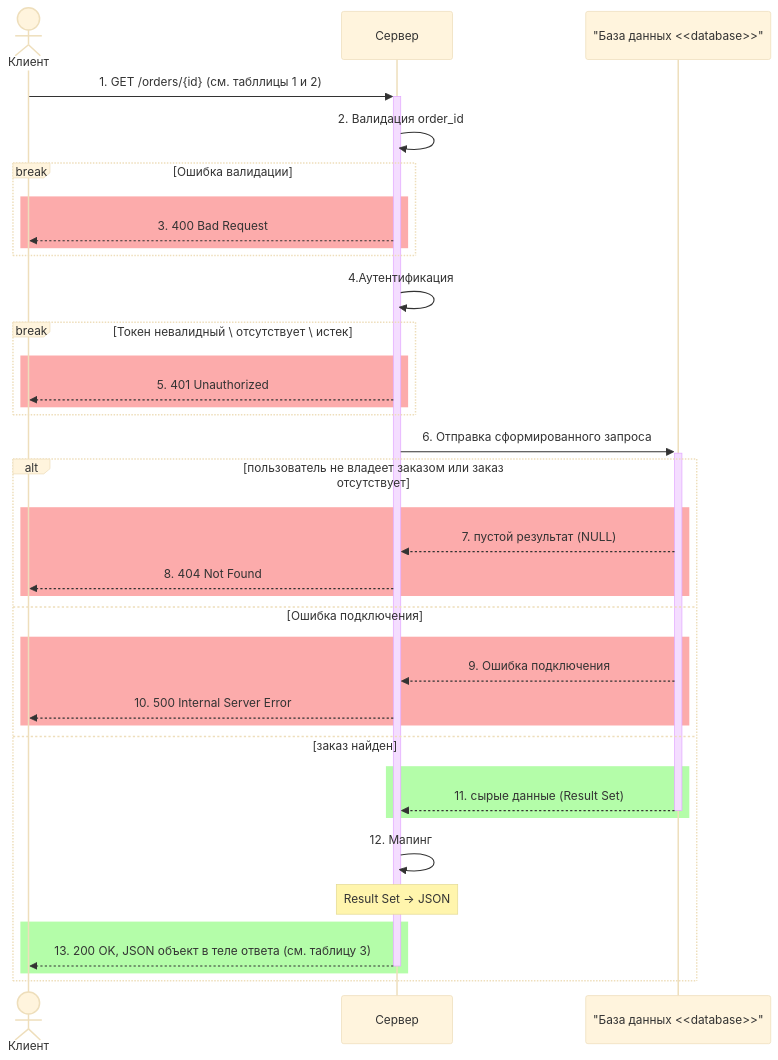
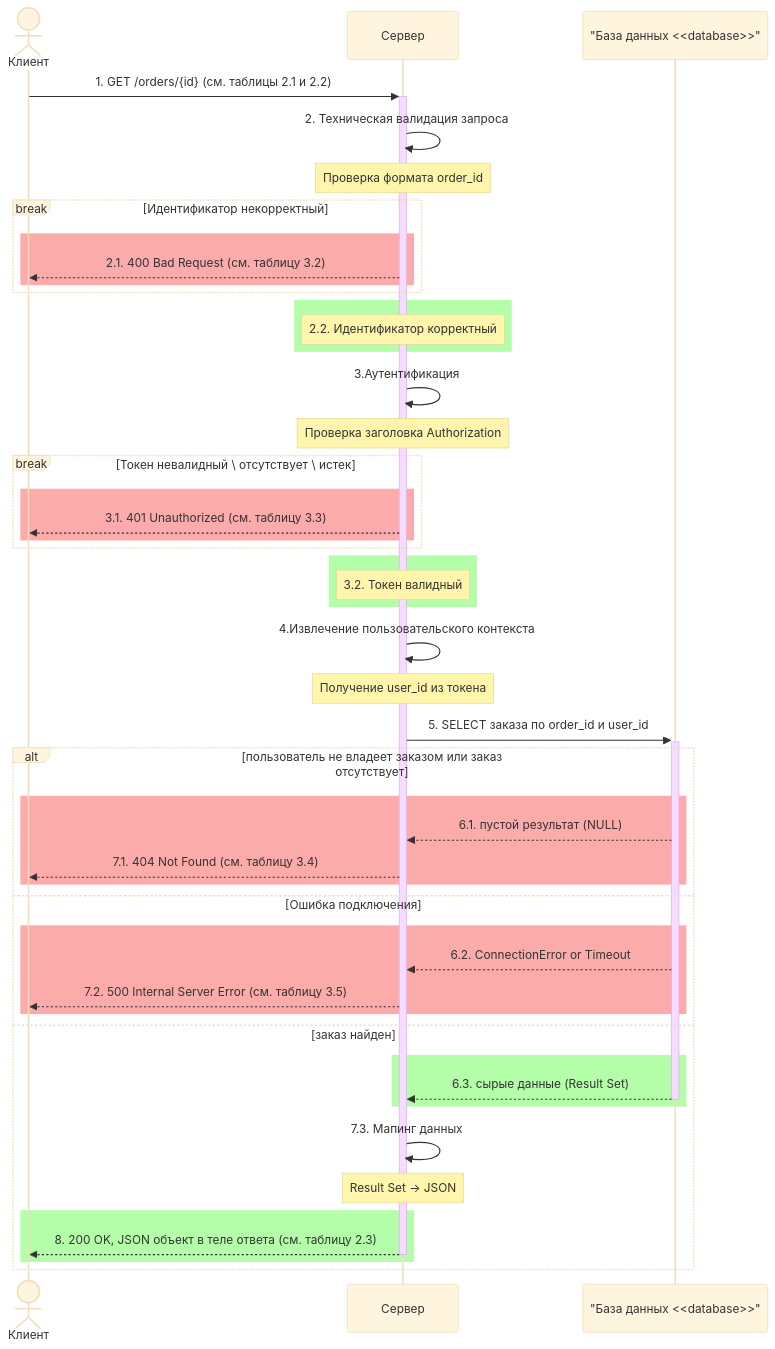
One commit to NastyaST8896/Sequence-Diagram changed the first of 4 diagrams in task-1.md. Above: the diagram before and after it, drawn with Mermaid (base theme). The commit also changed other lines of this file and 3 other files, not shown here.

````diff
--- a/task-1.md
+++ b/task-1.md
@@ -49,44 +52,60 @@
 ```mermaid
+sequenceDiagram
+actor C as Клиент
+participant S as Сервер
+participant DB as "База данных <<database>>"
 
-sequenceDiagram
-    actor C as Клиент
-    participant S as Сервер
-    participant DB as "База данных <<database>>" 
-    C->>+S: 1. GET /orders/{id} (см. табллицы 1 и 2)
-    S->>S: 2. Валидация order_id
+C->>+S: 1. GET /orders/{id} (см. таблицы 2.1 и 2.2)
+
+S->>S: 2. Техническая валидация запроса
+Note over S: Проверка формата order_id
+    break Идентификатор некорректный
+        rect rgba(250, 102, 102, 0.55)
+            S-->>C: 2.1. 400 Bad Request (см. таблицу 3.2)
+        end
+    end
     
-    
-    break Ошибка валидации
-    rect rgba(250, 102, 102, 0.55)
-    S-->>C: 3. 400 Bad Request
-    end
-    end
-    S->>S: 4.Аутентификация
+rect rgba(117, 252, 96, 0.54)
+    Note over S: 2.2. Идентификатор корректный
+end
+
+
+S->>S: 3.Аутентификация
+Note over S: Проверка заголовка Authorization
     break Токен невалидный \ отсутствует \ истек
-    rect rgba(250, 102, 102, 0.55)
-    S-->>C: 5. 401 Unauthorized
-    end
-    end
-    S->>+DB: 6. Отправка сформированного запроса
-    alt пользователь не владеет заказом или заказ отсутствует
-    rect rgba(250, 102, 102, 0.55)
-    DB-->>S: 7. пустой результат (NULL)
-    S-->>C: 8. 404 Not Found
-    end
-    else Ошибка подключения
-    rect rgba(250, 102, 102, 0.55)
-    DB-->>S:  9. Ошибка подключения
-    S-->>C: 10. 500 Internal Server Error
-    end
-    else заказ найден
-    rect rgba(117, 252, 96, 0.54)
-    DB-->>-S: 11. сырые данные (Result Set)
+        rect rgba(250, 102, 102, 0.55)
+            S-->>C: 3.1. 401 Unauthorized (см. таблицу 3.3)
+        end
     end
 
-     S->>S: 12. Мапинг
-    Note over S: Result Set -> JSON
-    rect rgba(117, 252, 96, 0.54)
-    S-->>-C: 13. 200 OK, JSON объект в теле ответа (см. таблицу 3)
-    end
+rect rgba(117, 252, 96, 0.54)
+    Note over S: 3.2. Токен валидный
+end
+
+S->>S: 4.Извлечение пользовательского контекста
+Note over S: Получение user_id из токена
+
+    
+S->>+DB: 5. SELECT заказа по order_id и user_id
+    alt пользователь не владеет заказом или заказ отсутствует
+        rect rgba(250, 102, 102, 0.55)
+            DB-->>S: 6.1. пустой результат (NULL)
+            S-->>C: 7.1. 404 Not Found (см. таблицу 3.4)
+        end
+    else Ошибка подключения
+        rect rgba(250, 102, 102, 0.55)
+            DB-->>S:  6.2. ConnectionError or Timeout
+            S-->>C: 7.2. 500 Internal Server Error (см. таблицу 3.5)
+        end
+    else заказ найден
+        rect rgba(117, 252, 96, 0.54)
+            DB-->>-S: 6.3. сырые данные (Result Set)
+        end
+
+        S->>S: 7.3. Мапинг данных
+        Note over S: Result Set -> JSON
+            rect rgba(117, 252, 96, 0.54)
+                S-->>-C: 8. 200 OK, JSON объект в теле ответа (см. таблицу 2.3)
+            end
     end
 ```
````
